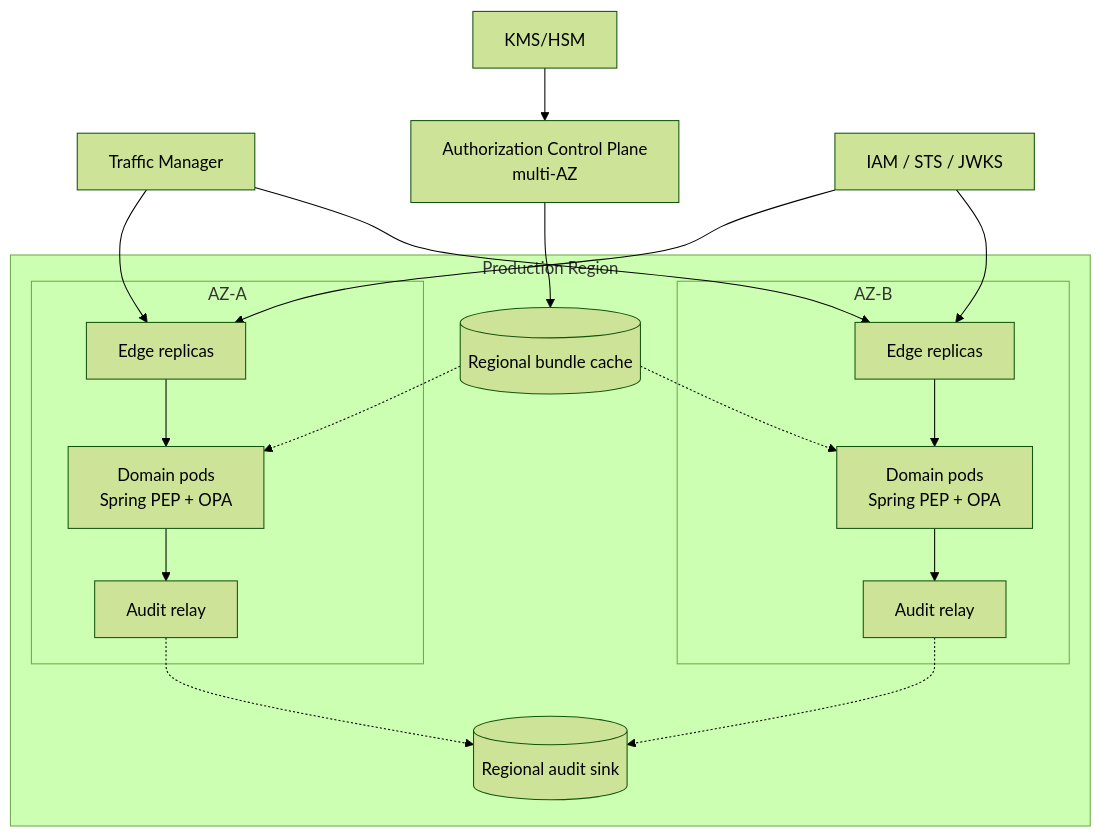
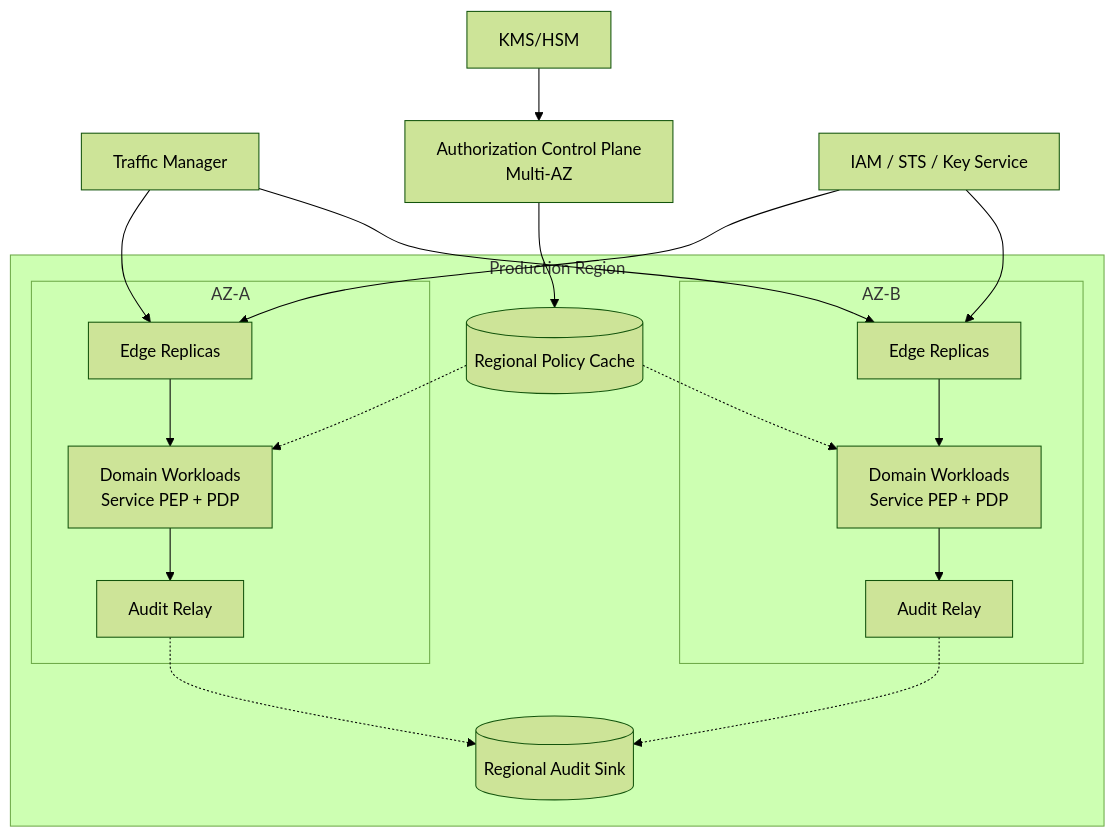
The eighth of 9 diagrams in zero-trust.md (huynv-xyz/vhm), drawn with Mermaid (forest theme) before and after one commit. The commit also changed other lines of this file, not shown here.

````diff
--- a/zero-trust.md
+++ b/zero-trust.md
@@ -963,31 +828,31 @@
 ```mermaid
 flowchart TB
     T[Traffic Manager] --> E1
     T --> E2
 
     subgraph R[Production Region]
       subgraph A[AZ-A]
-        E1[Edge replicas]
-        W1[Domain pods<br/>Spring PEP + OPA]
-        C1[Audit relay]
+        E1[Edge Replicas]
+        W1[Domain Workloads<br/>Service PEP + PDP]
+        C1[Audit Relay]
         E1 --> W1 --> C1
       end
       subgraph B[AZ-B]
-        E2[Edge replicas]
-        W2[Domain pods<br/>Spring PEP + OPA]
-        C2[Audit relay]
+        E2[Edge Replicas]
+        W2[Domain Workloads<br/>Service PEP + PDP]
+        C2[Audit Relay]
         E2 --> W2 --> C2
       end
-      BR[(Regional bundle cache)]
-      AS[(Regional audit sink)]
-      BR -.-> W1
-      BR -.-> W2
+      PR[(Regional Policy Cache)]
+      AS[(Regional Audit Sink)]
+      PR -.-> W1
+      PR -.-> W2
       C1 -.-> AS
       C2 -.-> AS
     end
 
-    CP[Authorization Control Plane<br/>multi-AZ] --> BR
+    CP[Authorization Control Plane<br/>Multi-AZ] --> PR
     K[KMS/HSM] --> CP
-    I[IAM / STS / JWKS] --> E1
+    I[IAM / STS / Key Service] --> E1
     I --> E2
 ```
````
